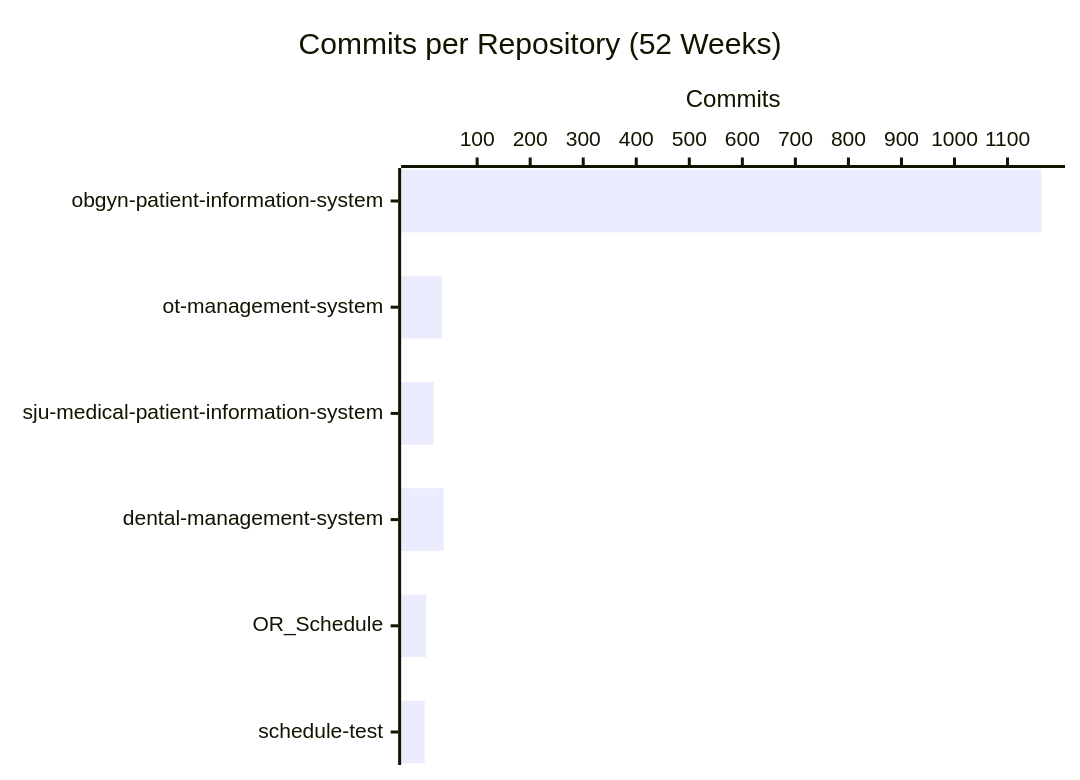
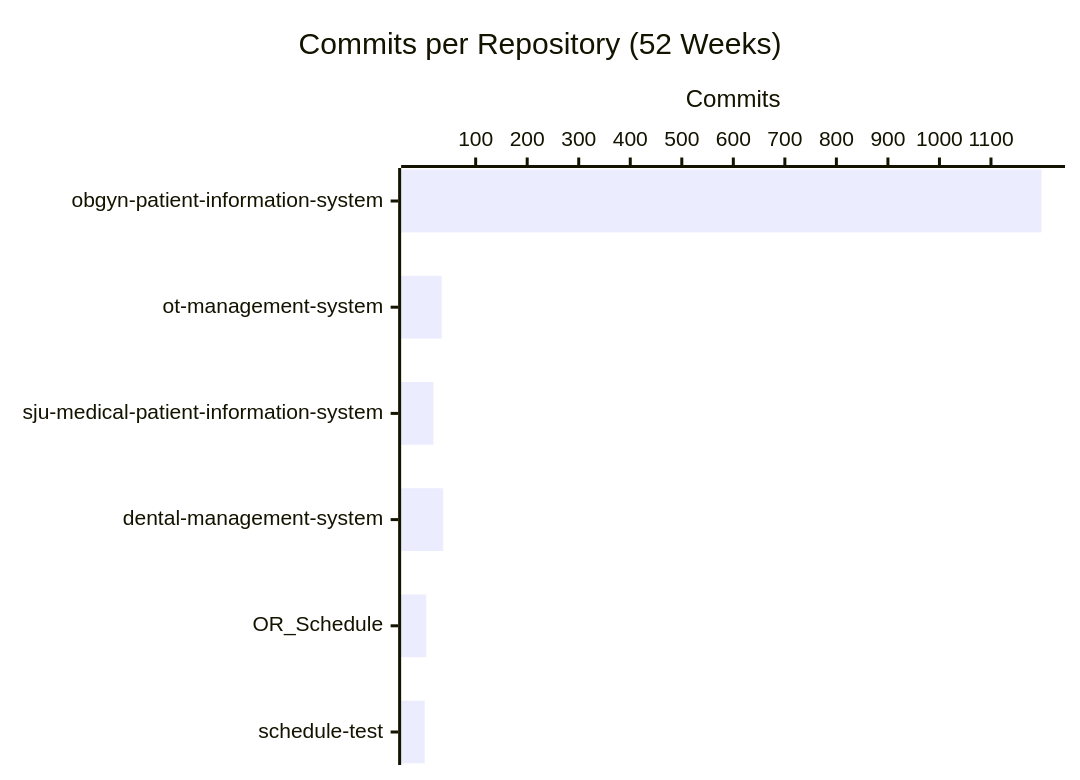
The second of 4 diagrams in profile/README.md (CSTH-Projects/.github), drawn with Mermaid before and after one commit. The commit also changed other lines of this file, not shown here.

````diff
--- a/profile/README.md
+++ b/profile/README.md
@@ -24,7 +24,7 @@
 ```mermaid
 xychart-beta horizontal
     title "Commits per Repository (52 Weeks)"
     x-axis ["obgyn-patient-information-system", "ot-management-system", "sju-medical-patient-information-system", "dental-management-system", "OR_Schedule", "schedule-test"]
     y-axis "Commits"
-    bar [1164, 34, 18, 37, 4, 1]
+    bar [1198, 34, 18, 37, 4, 1]
 ```
````
